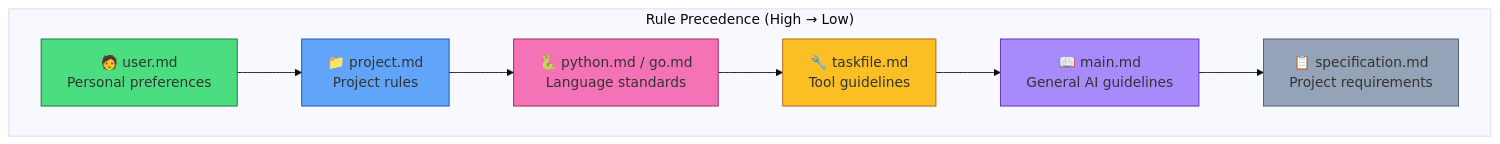
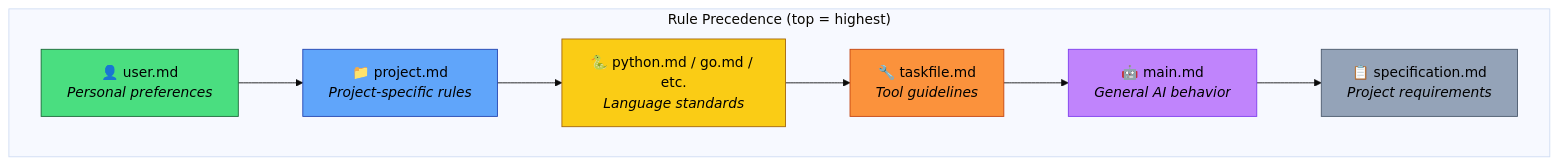
Before and after one commit to visionik/deft: the first of 8 diagrams in README.md, drawn with Mermaid (base theme). The commit also changed other lines of this file, not shown here.

First line of the commit message:
docs: add Mermaid diagrams to README for visual explanations

````diff
--- a/README.md
+++ b/README.md
@@ -67,17 +67,20 @@
 ```mermaid
 flowchart TB
-    subgraph Precedence ["Rule Precedence (High → Low)"]
-        U["🧑 user.md\nPersonal preferences"] --> P["📁 project.md\nProject rules"]
-        P --> L["🐍 python.md / go.md\nLanguage standards"]
-        L --> T["🔧 taskfile.md\nTool guidelines"]
-        T --> M["📖 main.md\nGeneral AI guidelines"]
-        M --> S["📋 specification.md\nProject requirements"]
+    subgraph precedence ["Rule Precedence (top = highest)"]
+        U["👤 user.md<br/><i>Personal preferences</i>"]
+        P["📁 project.md<br/><i>Project-specific rules</i>"]
+        L["🐍 python.md / go.md / etc.<br/><i>Language standards</i>"]
+        T["🔧 taskfile.md<br/><i>Tool guidelines</i>"]
+        M["🤖 main.md<br/><i>General AI behavior</i>"]
+        S["📋 specification.md<br/><i>Project requirements</i>"]
     end
-    
-    style U fill:#4ade80,stroke:#166534
-    style P fill:#60a5fa,stroke:#1e40af
-    style L fill:#f472b6,stroke:#9d174d
-    style T fill:#fbbf24,stroke:#b45309
-    style M fill:#a78bfa,stroke:#5b21b6
-    style S fill:#94a3b8,stroke:#475569
+
+    U --> P --> L --> T --> M --> S
+
+    style U fill:#4ade80,stroke:#166534,color:#000
+    style P fill:#60a5fa,stroke:#1e40af,color:#000
+    style L fill:#facc15,stroke:#a16207,color:#000
+    style T fill:#fb923c,stroke:#c2410c,color:#000
+    style M fill:#c084fc,stroke:#7c3aed,color:#000
+    style S fill:#94a3b8,stroke:#475569,color:#000
 ```
````
